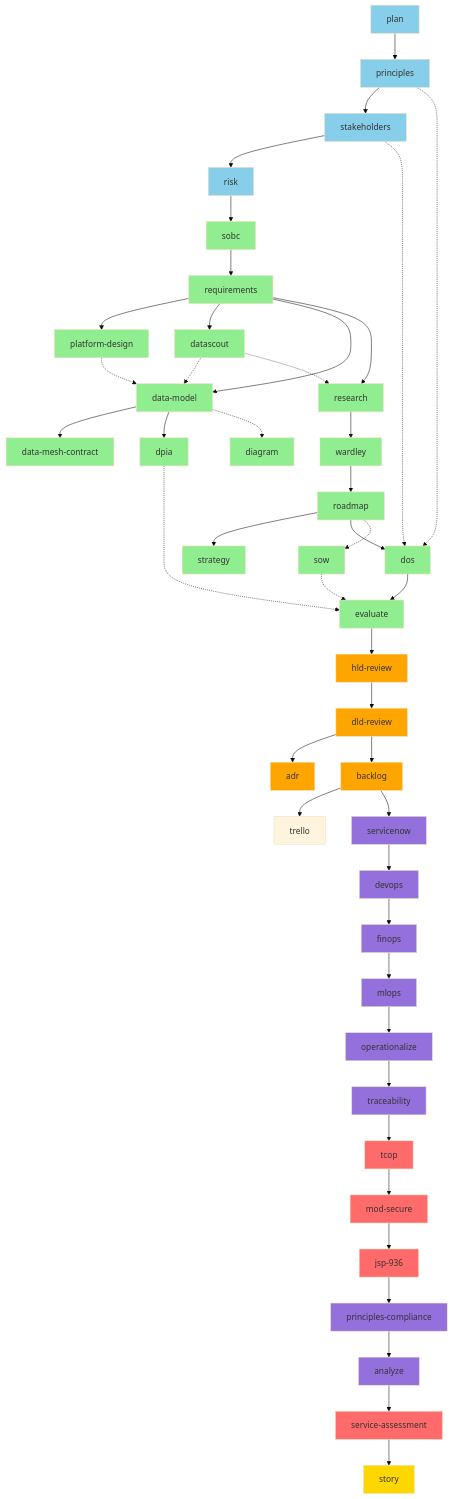
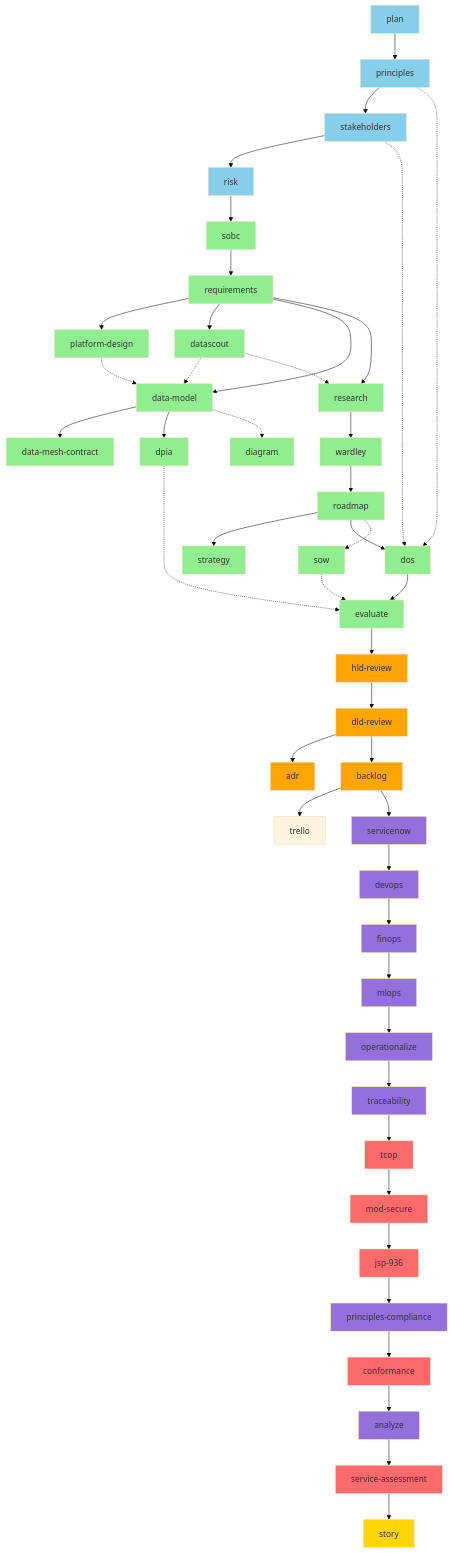
Before and after one commit to tractorjuice/arc-kit: the fifth of 9 diagrams in WORKFLOW-DIAGRAMS.md, drawn with Mermaid (base theme). The commit also changed other lines of this file and 40 other files, not shown here.

First line of the commit message:
release: v2.9.0 — architecture conformance assessment command (#55)

```diff
--- a/WORKFLOW-DIAGRAMS.md
+++ b/WORKFLOW-DIAGRAMS.md
@@ -513,7 +521,8 @@
     X1 --> X2[mod-secure]
     X2 --> X3[jsp-936]
     X3 --> X4[principles-compliance]
-    X4 --> Y[analyze]
+    X4 --> X5[conformance]
+    X5 --> Y[analyze]
     Y --> Z[service-assessment]
 
     %% Tier 11: Reporting
@@ -552,6 +561,7 @@
     style X2 fill:#FF6B6B
     style X3 fill:#FF6B6B
     style X4 fill:#9370DB
+    style X5 fill:#FF6B6B
     style Y fill:#9370DB
     style Z fill:#FF6B6B
     style AA fill:#FFD700
```
